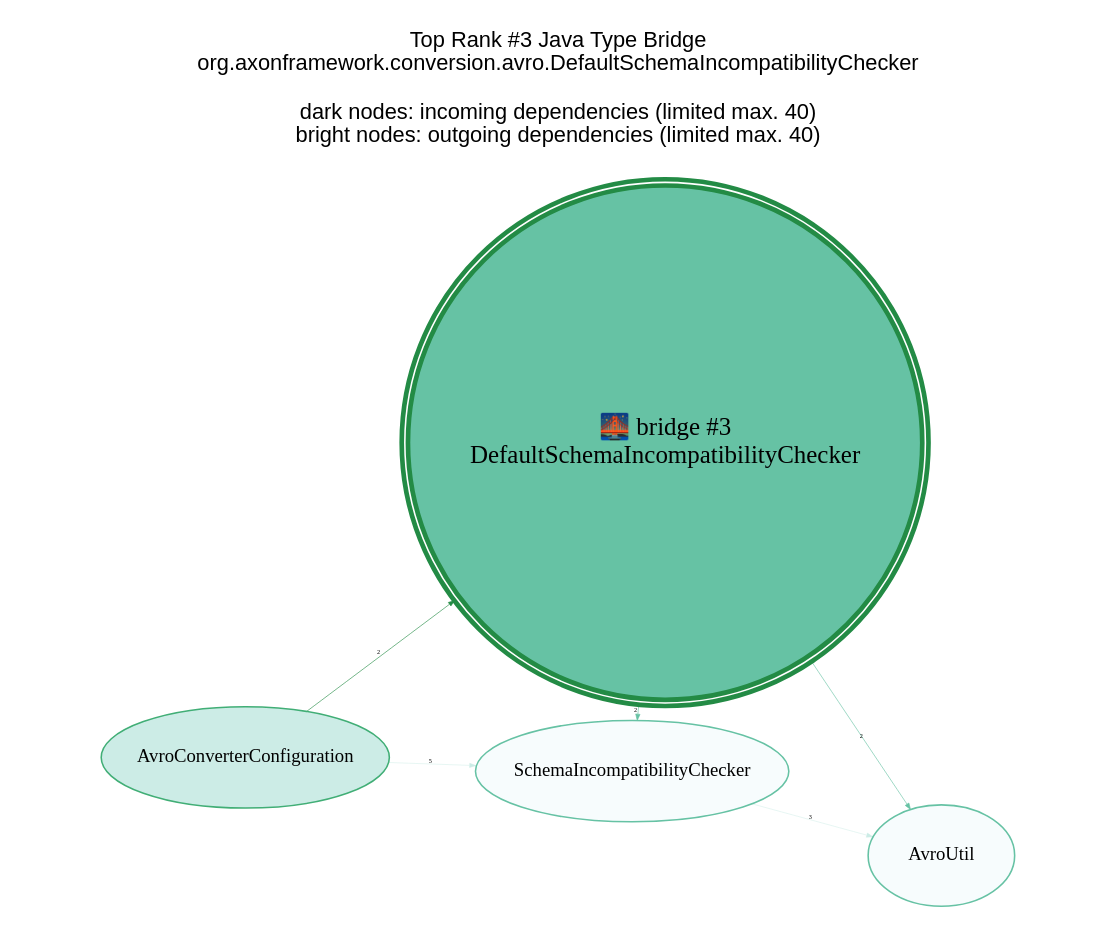
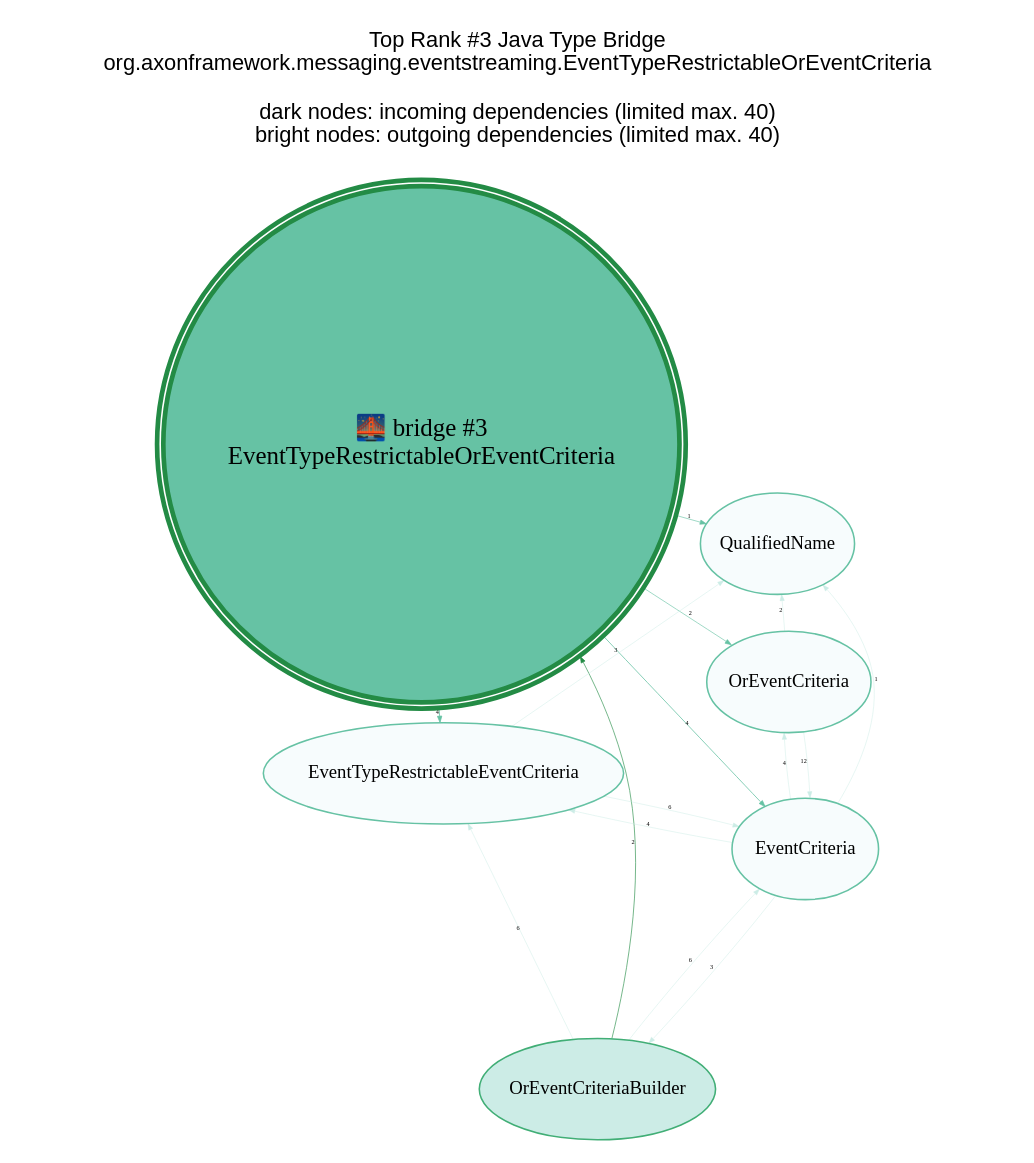
The diagram in analysis-results/AxonFramework/AxonFramework-5.1.1/anomaly-detection/Java_Type/GraphVisualizations/graphviz/TopBridge3.gv (JohT/code-graph-analysis-examples), drawn with Graphviz before and after one commit. The commit also changed 827 other files, not shown here.

```diff
--- a/analysis-results/AxonFramework/AxonFramework-5.1.1/anomaly-detection/Java_Type/GraphVisualizations/graphviz/TopBridge3.gv
+++ b/analysis-results/AxonFramework/AxonFramework-5.1.1/anomaly-detection/Java_Type/GraphVisualizations/graphviz/TopBridge3.gv
@@ -1,22 +1,32 @@
 // This GraphViz dot file was generated by the script convertQueryResultCsvToGraphVizDotFile.sh with TopCentral.template
 
 strict digraph TopBridge3 {
     graph [layout = "fdp"; start = "7"; splines = "spline"; pad = "0.8,0.1"; outputorder = "edgesfirst";];
     graph [fontname = "Helvetica,Arial,sans-serif"; labelloc = "t";];
     node [colorscheme = "bugn9"; color = 6; fillcolor = 3;];
     edge [colorscheme = "bugn9"; color = 7;];
     node [fontsize = 12; style = "filled"; margin = "0.03,0.03"; width="1.3"; height="0.9";];
     edge [fontsize = 4; arrowsize = "0.4";];
 
     central [shape = "doublecircle"; height = "2.0"; margin = "0.000001,0.000001";];
     central [fontsize = 16;];
     central [color = 7; fillcolor = 5; penwidth = 3;];
 
-	graph   [label="Top Rank #3 Java Type Bridge\norg.axonframework.conversion.avro.DefaultSchemaIncompatibilityChecker\n\ndark nodes: incoming dependencies (limited max. 40)\nbright nodes: outgoing dependencies (limited max. 40)\n\n"];
-	central [label="🌉 bridge #3\nDefaultSchemaIncompatibilityChecker"];
-	"AvroConverterConfiguration_27304" [label = "AvroConverterConfiguration"; ]; "AvroConverterConfiguration_27304" -> central [label=2; weight=2; penwidth=0.4];
-	"AvroUtil_27119" [label = "AvroUtil"; color = 5; fillcolor = 1; ]; central -> "AvroUtil_27119" [label=2; weight=2; penwidth=0.4; color = 5];
-	"SchemaIncompatibilityChecker_27151" [label = "SchemaIncompatibilityChecker"; color = 5; fillcolor = 1; ]; central -> "SchemaIncompatibilityChecker_27151" [label=2; weight=2; penwidth=0.4; color = 5];
-	"AvroConverterConfiguration_27304" -> "SchemaIncompatibilityChecker_27151" [label=5; weight=5; penwidth=0.3; color = 3]
-	"SchemaIncompatibilityChecker_27151" -> "AvroUtil_27119" [label=3; weight=3; penwidth=0.3; color = 3]
+	graph   [label="Top Rank #3 Java Type Bridge\norg.axonframework.messaging.eventstreaming.EventTypeRestrictableOrEventCriteria\n\ndark nodes: incoming dependencies (limited max. 40)\nbright nodes: outgoing dependencies (limited max. 40)\n\n"];
+	central [label="🌉 bridge #3\nEventTypeRestrictableOrEventCriteria"];
+	"OrEventCriteriaBuilder_19863" [label = "OrEventCriteriaBuilder"; ]; "OrEventCriteriaBuilder_19863" -> central [label=2; weight=2; penwidth=0.4];
+	"EventCriteria_5194" [label = "EventCriteria"; color = 5; fillcolor = 1; ]; central -> "EventCriteria_5194" [label=4; weight=4; penwidth=0.5; color = 5];
+	"EventTypeRestrictableEventCriteria_5196" [label = "EventTypeRestrictableEventCriteria"; color = 5; fillcolor = 1; ]; central -> "EventTypeRestrictableEventCriteria_5196" [label=4; weight=4; penwidth=0.5; color = 5];
+	"OrEventCriteria_19862" [label = "OrEventCriteria"; color = 5; fillcolor = 1; ]; central -> "OrEventCriteria_19862" [label=2; weight=2; penwidth=0.4; color = 5];
+	"QualifiedName_143" [label = "QualifiedName"; color = 5; fillcolor = 1; ]; central -> "QualifiedName_143" [label=1; weight=1; penwidth=0.4; color = 5];
+	"OrEventCriteria_19862" -> "EventCriteria_5194" [label=12; weight=12; penwidth=0.3; color = 3]
+	"EventTypeRestrictableEventCriteria_5196" -> "EventCriteria_5194" [label=6; weight=6; penwidth=0.3; color = 3]
+	"OrEventCriteriaBuilder_19863" -> "EventCriteria_5194" [label=6; weight=6; penwidth=0.3; color = 3]
+	"OrEventCriteriaBuilder_19863" -> "EventTypeRestrictableEventCriteria_5196" [label=6; weight=6; penwidth=0.3; color = 3]
+	"EventCriteria_5194" -> "OrEventCriteria_19862" [label=4; weight=4; penwidth=0.3; color = 3]
+	"EventCriteria_5194" -> "EventTypeRestrictableEventCriteria_5196" [label=4; weight=4; penwidth=0.3; color = 3]
+	"EventCriteria_5194" -> "OrEventCriteriaBuilder_19863" [label=3; weight=3; penwidth=0.3; color = 3]
+	"EventTypeRestrictableEventCriteria_5196" -> "QualifiedName_143" [label=3; weight=3; penwidth=0.3; color = 3]
+	"OrEventCriteria_19862" -> "QualifiedName_143" [label=2; weight=2; penwidth=0.3; color = 3]
+	"EventCriteria_5194" -> "QualifiedName_143" [label=1; weight=1; penwidth=0.3; color = 3]
 }
```
